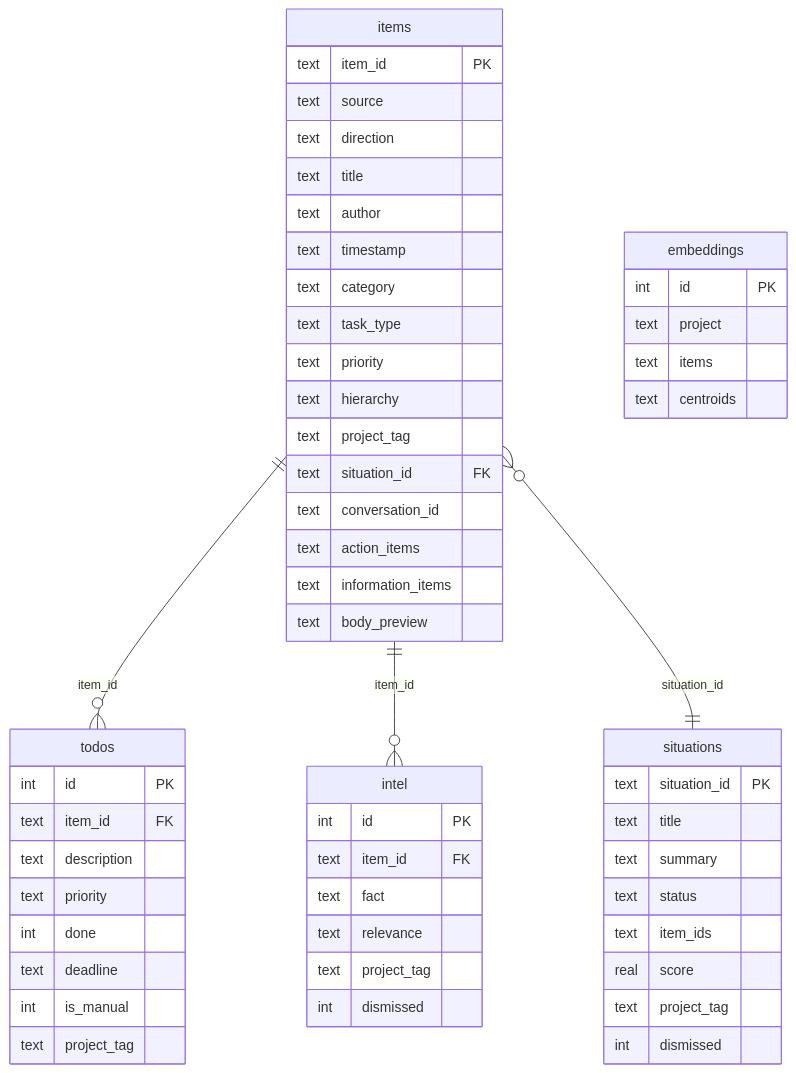
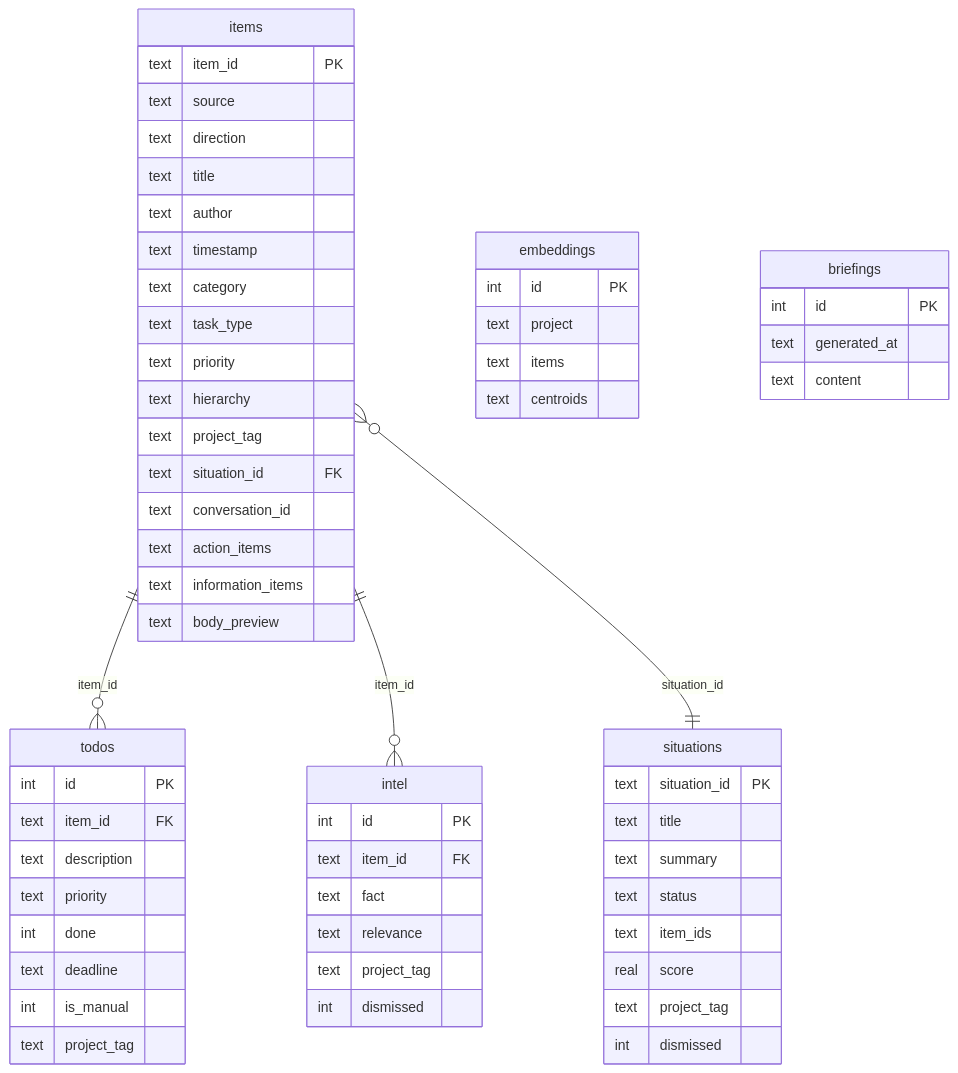
The eighth of 10 diagrams in DESIGN.md (rcanterberryhall/hexcaliper-squire), drawn with Mermaid before and after one commit. The commit also changed other lines of this file and 7 other files, not shown here.

````diff
--- a/DESIGN.md
+++ b/DESIGN.md
@@ -294,63 +300,69 @@
 ```mermaid
 erDiagram
     items {
         text item_id PK
         text source
         text direction
         text title
         text author
         text timestamp
         text category
         text task_type
         text priority
         text hierarchy
         text project_tag
         text situation_id FK
         text conversation_id
         text action_items
         text information_items
         text body_preview
     }
 
     todos {
         int  id PK
         text item_id FK
         text description
         text priority
         int  done
         text deadline
         int  is_manual
         text project_tag
     }
 
     intel {
         int  id PK
         text item_id FK
         text fact
         text relevance
         text project_tag
         int  dismissed
     }
 
     situations {
         text situation_id PK
         text title
         text summary
         text status
         text item_ids
         real score
         text project_tag
         int  dismissed
     }
 
     embeddings {
         int  id PK
         text project
         text items
         text centroids
     }
 
+    briefings {
+        int  id PK
+        text generated_at
+        text content
+    }
+
     items ||--o{ todos : "item_id"
     items ||--o{ intel : "item_id"
     items }o--|| situations : "situation_id"
 ```
````
